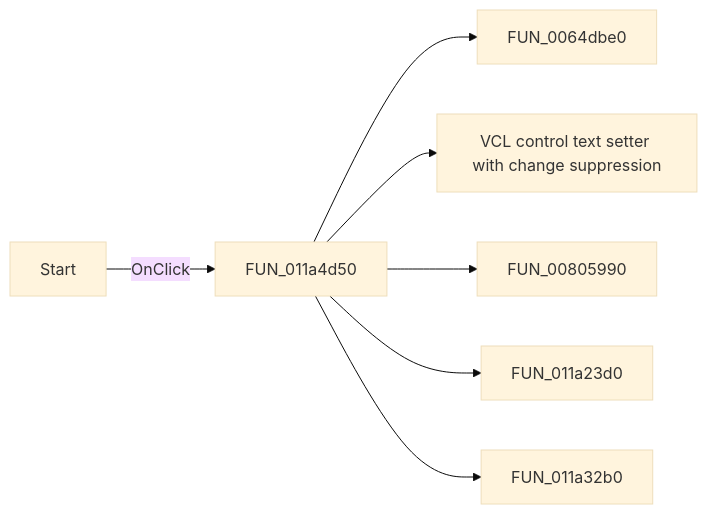
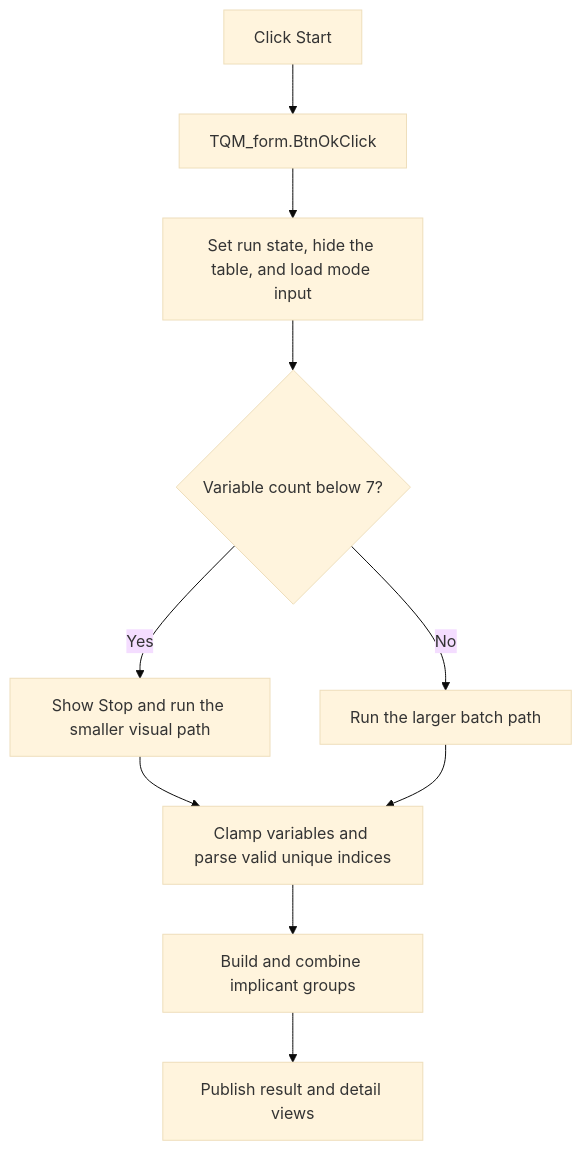
Before and after one commit to MovGP0/TIARA: the diagram in docs/ui-controls/qm-form/btnok-aba7dcbfdb.md, drawn with Mermaid (base theme). The commit also changed other lines of this file and 1062 other files, not shown here.

````diff
--- a/docs/ui-controls/qm-form/btnok-aba7dcbfdb.md
+++ b/docs/ui-controls/qm-form/btnok-aba7dcbfdb.md
@@ -27,9 +31,12 @@
 ```mermaid
-flowchart LR
-    control["Start"] -->|OnClick| handler["FUN_011a4d50"]
-    handler --> call1["FUN_0064dbe0"]
-    handler --> call2["VCL control text setter with change suppression"]
-    handler --> call3["FUN_00805990"]
-    handler --> call4["FUN_011a23d0"]
-    handler --> call5["FUN_011a32b0"]
+flowchart TD
+    control["Click Start"] --> handler["TQM_form.BtnOkClick"]
+    handler --> prepare["Set run state, hide the table, and load mode input"]
+    prepare --> count{"Variable count below 7?"}
+    count -->|Yes| visual["Show Stop and run the smaller visual path"]
+    count -->|No| batch["Run the larger batch path"]
+    visual --> parse["Clamp variables and parse valid unique indices"]
+    batch --> parse
+    parse --> minimize["Build and combine implicant groups"]
+    minimize --> output["Publish result and detail views"]
 ```
````
